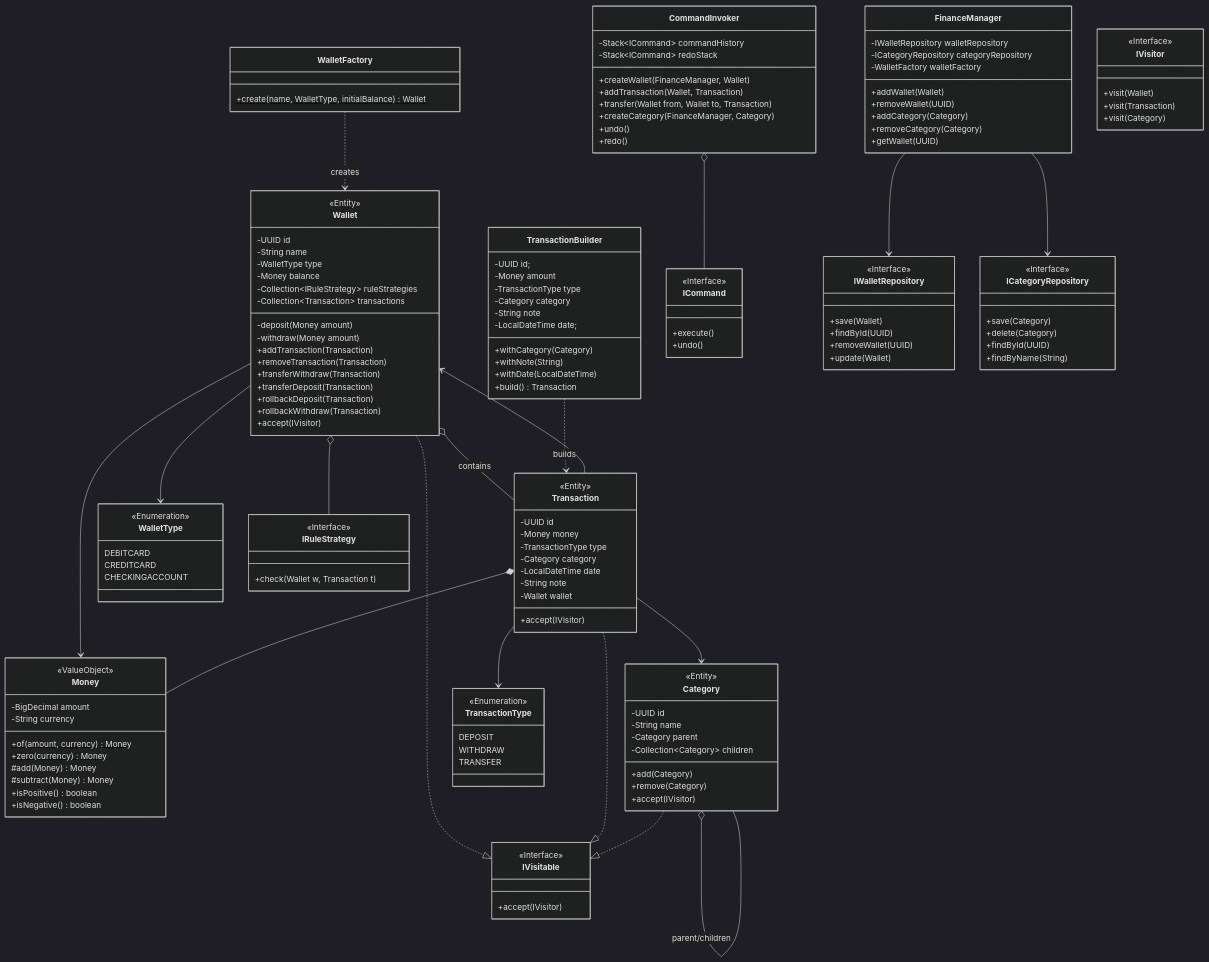
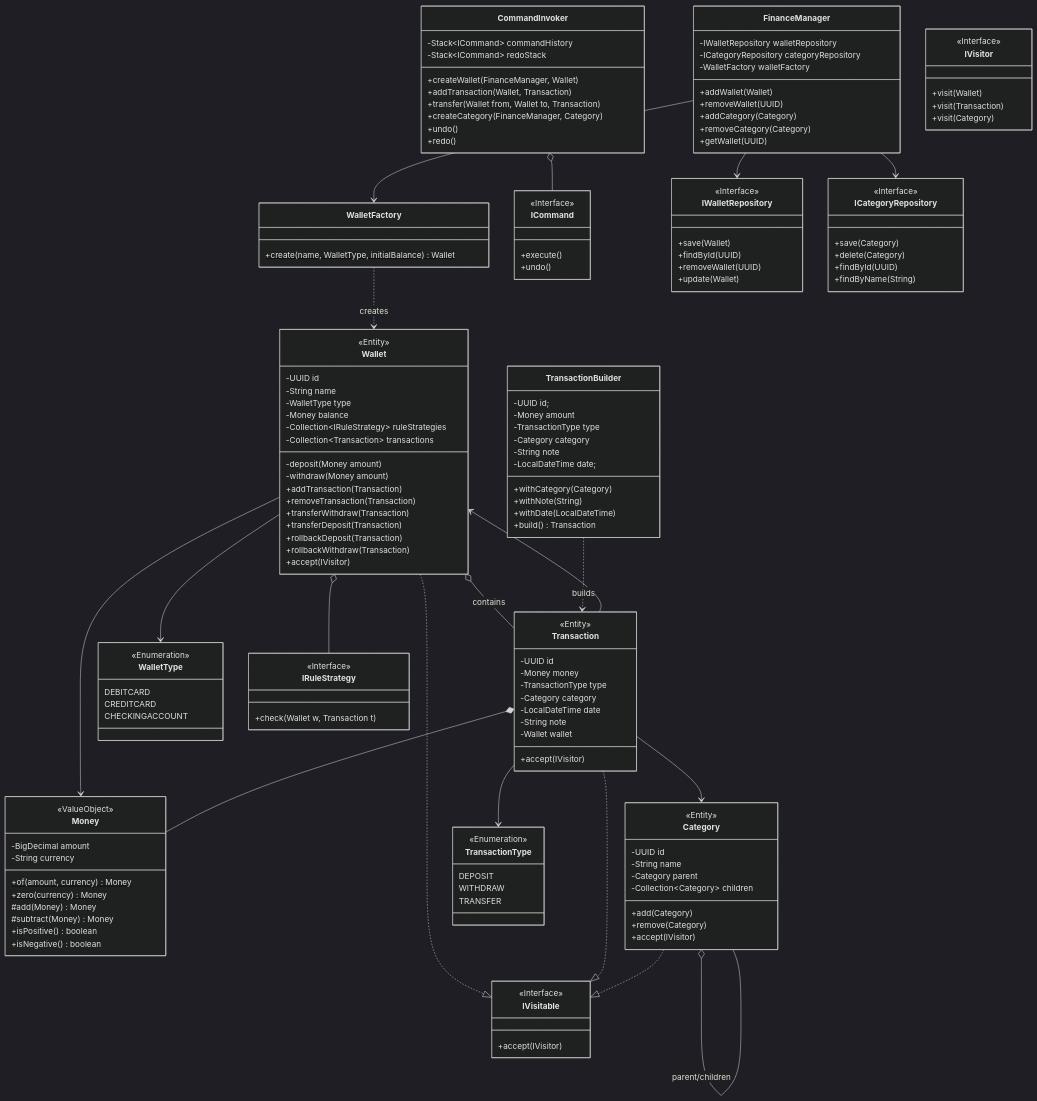
Before and after one commit to simopugliese/java-clean-finance: the first of 5 diagrams in README.md, drawn with Mermaid (dark theme). The commit also changed other lines of this file, not shown here.

First line of the commit message:
Update FinanceManager relationships and diagrams

```diff
--- a/README.md
+++ b/README.md
@@ -273,6 +273,7 @@
 
     FinanceManager --> IWalletRepository
     FinanceManager --> ICategoryRepository
+    FinanceManager --> WalletFactory
 
 %% =========================================================
 %% 6. VISITOR PATTERN
```
